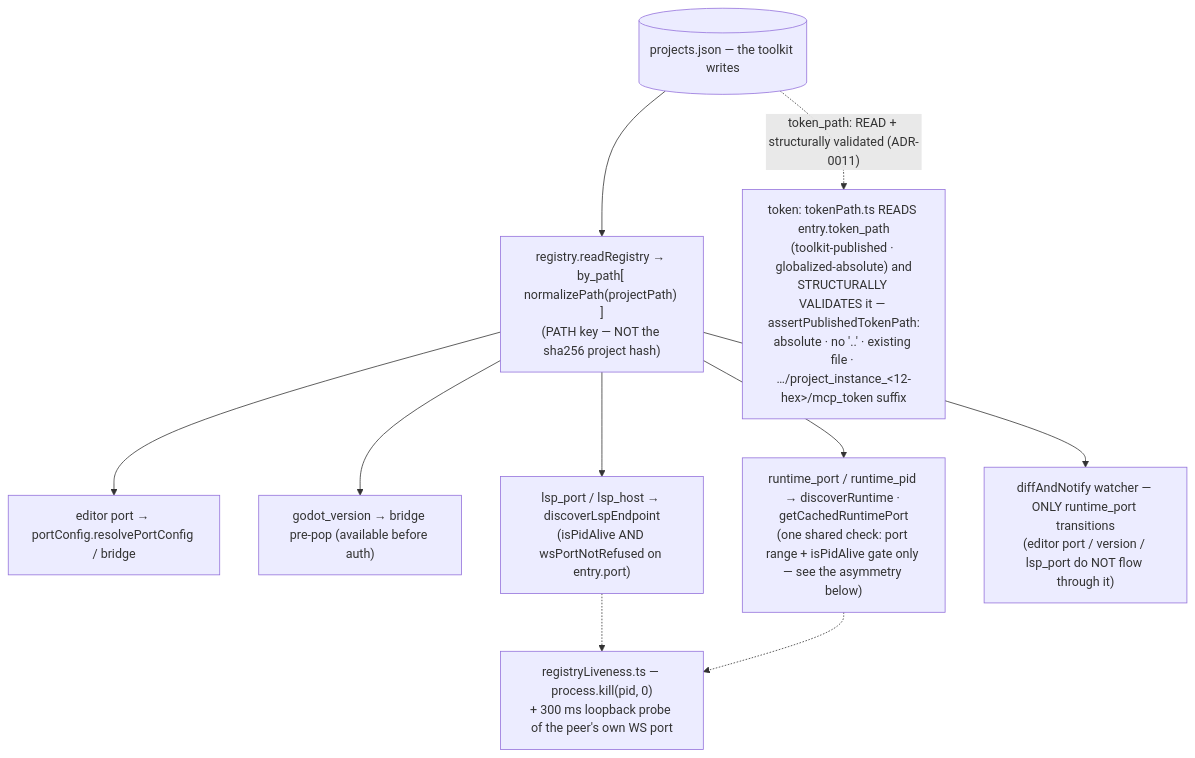
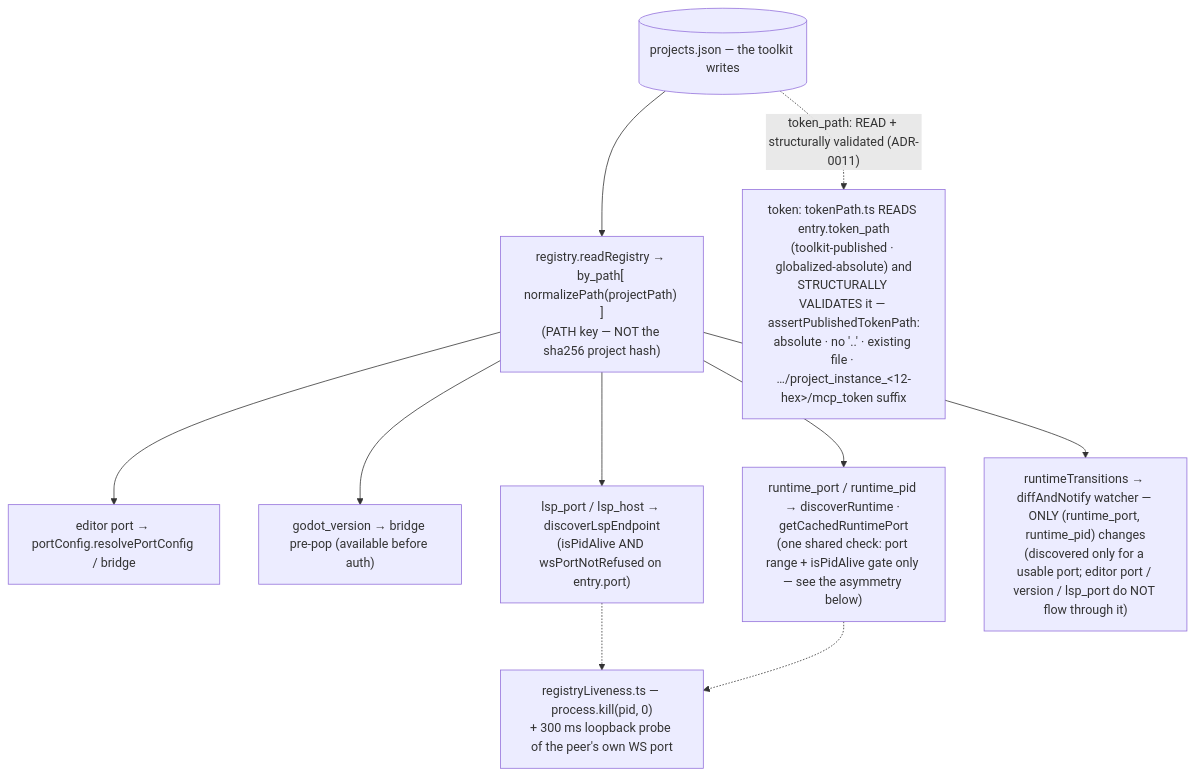
Before and after one commit to NPGameDev/godot-mcp-server: diagram 11 of 13 in docs/architecture/README.md, drawn with Mermaid. The commit also changed other lines of this file, not shown here.

First line of the commit message:
docs(arch): re-attest the registry sections for the runtime watcher gate

````diff
--- a/docs/architecture/README.md
+++ b/docs/architecture/README.md
@@ -686,13 +687,13 @@
 ```mermaid
 flowchart TD
     pj[("projects.json — the toolkit writes")] --> read["registry.readRegistry → by_path[ normalizePath(projectPath) ]<br/>(PATH key — NOT the sha256 project hash)"]
     read --> port["editor port → portConfig.resolvePortConfig / bridge"]
     read --> ver["godot_version → bridge pre-pop (available before auth)"]
     read --> rport["runtime_port / runtime_pid → discoverRuntime · getCachedRuntimePort<br/>(one shared check: port range + isPidAlive gate only — see the asymmetry below)"]
     read --> lsp["lsp_port / lsp_host → discoverLspEndpoint<br/>(isPidAlive AND wsPortNotRefused on entry.port)"]
-    read --> watch["diffAndNotify watcher — ONLY runtime_port transitions<br/>(editor port / version / lsp_port do NOT flow through it)"]
+    read --> watch["runtimeTransitions → diffAndNotify watcher — ONLY (runtime_port, runtime_pid) changes<br/>(discovered only for a usable port; editor port / version / lsp_port do NOT flow through it)"]
     lsp -.-> live["registryLiveness.ts — process.kill(pid, 0)<br/>+ 300 ms loopback probe of the peer's own WS port"]
     rport -.-> live
     tok["token: tokenPath.ts READS entry.token_path<br/>(toolkit-published · globalized-absolute) and<br/>STRUCTURALLY VALIDATES it — assertPublishedTokenPath:<br/>absolute · no '..' · existing file · …/project_instance_&lt;12-hex&gt;/mcp_token suffix"]
     pj -. "token_path: READ + structurally validated (ADR-0011)" .-> tok
 ```
````
